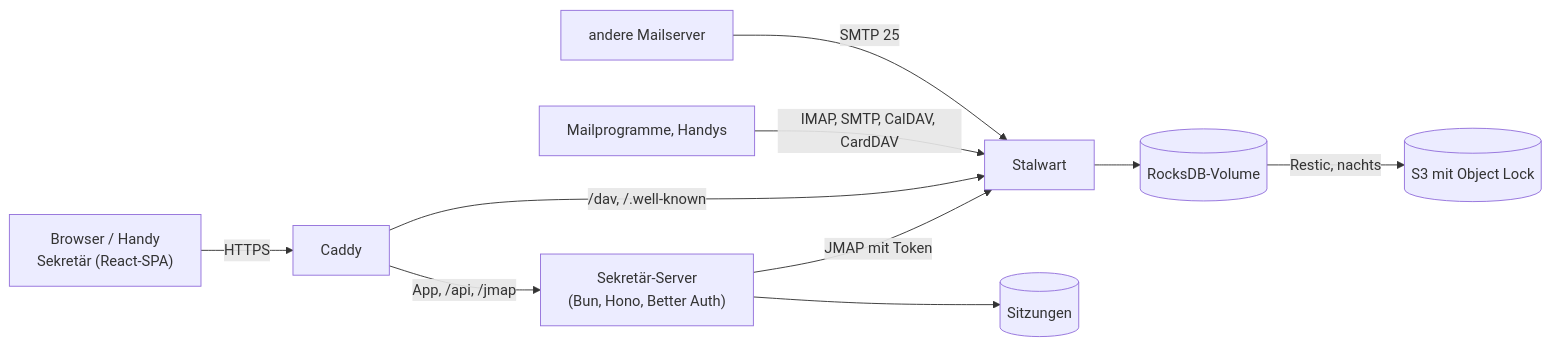
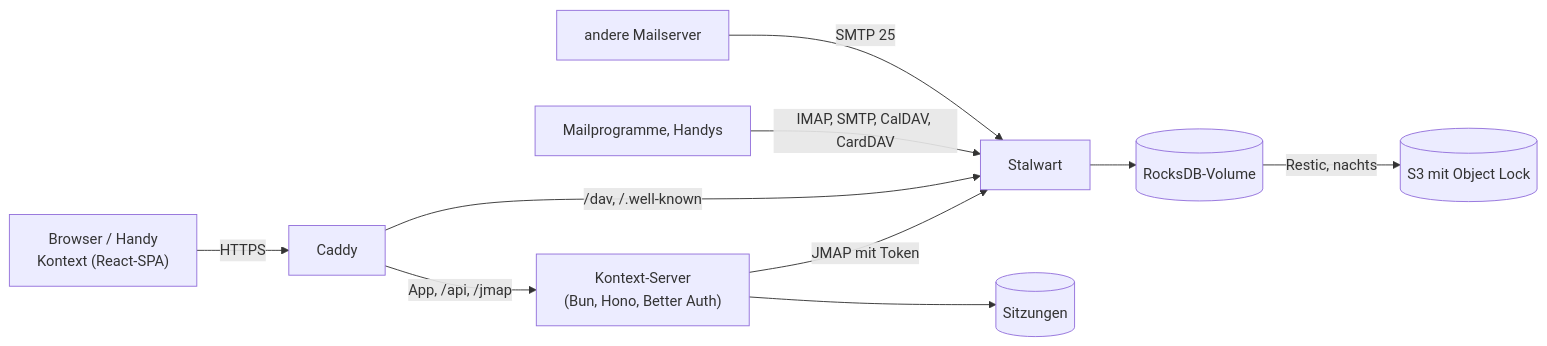
Before and after one commit to firsttris/kontext: the diagram in docs/architecture.md, drawn with Mermaid. The commit also changed other lines of this file and 90 other files, not shown here.

````diff
--- a/docs/architecture.md
+++ b/docs/architecture.md
@@ -3,12 +3,12 @@
 ```mermaid
 flowchart LR
-  Browser["Browser / Handy<br>Sekretär (React-SPA)"] -->|HTTPS| Caddy
-  Caddy -->|"App, /api, /jmap"| Server["Sekretär-Server<br>(Bun, Hono, Better Auth)"]
+  Browser["Browser / Handy<br>Kontext (React-SPA)"] -->|HTTPS| Caddy
+  Caddy -->|"App, /api, /jmap"| Server["Kontext-Server<br>(Bun, Hono, Better Auth)"]
   Server -->|"JMAP mit Token"| Stalwart
   Server --> SQLite[("Sitzungen")]
   Caddy -->|"/dav, /.well-known"| Stalwart
   Clients["Mailprogramme, Handys"] -->|"IMAP, SMTP, CalDAV, CardDAV"| Stalwart
   Internet["andere Mailserver"] -->|SMTP 25| Stalwart
   Stalwart --> Daten[("RocksDB-Volume")]
   Daten -->|Restic, nachts| S3[("S3 mit Object Lock")]
 ```
````
